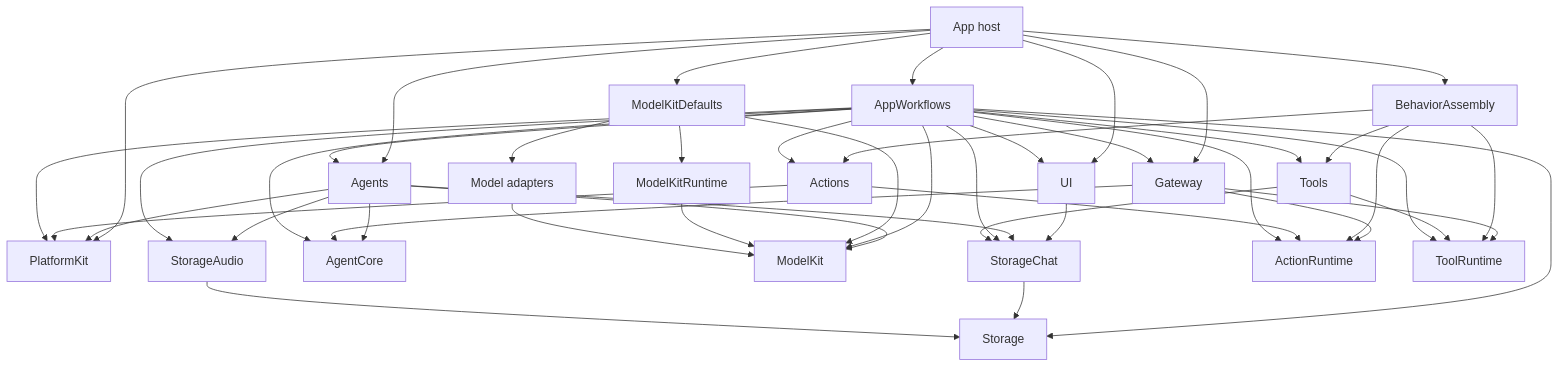
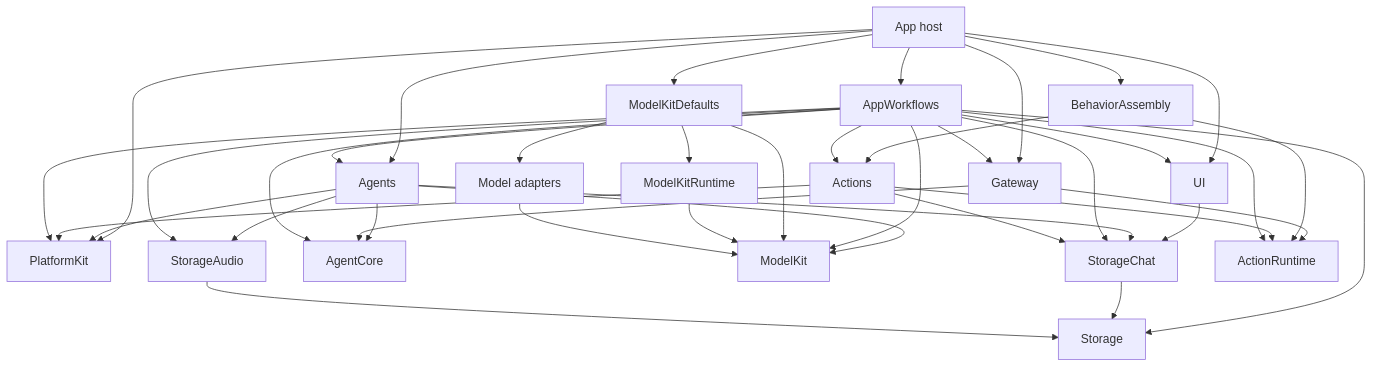
The third of 15 diagrams in MobileHarness/README.md (devilyouwei/MobileHarness), drawn with Mermaid before and after one commit. The commit also changed other lines of this file and 238 other files, not shown here.

````diff
--- a/MobileHarness/README.md
+++ b/MobileHarness/README.md
@@ -98,53 +98,47 @@
 ```mermaid
 flowchart TB
     App[App host] --> Agents
     App --> Gateway
     App --> Assembly[BehaviorAssembly]
     App --> Workflows[AppWorkflows]
     App --> Defaults[ModelKitDefaults]
     App --> UI
     App --> PlatformKit
 
     UI --> StorageChat
 
     Agents --> AgentCore
     Agents --> PlatformKit
     Agents --> ModelKit
     Agents --> StorageChat
     Agents --> StorageAudio
 
     Gateway --> AgentCore
     Gateway --> ActionRuntime
-    Gateway --> ToolRuntime
 
     Assembly --> Actions
-    Assembly --> Tools
     Assembly --> ActionRuntime
-    Assembly --> ToolRuntime
     Actions --> ActionRuntime
     Actions --> PlatformKit
-    Tools --> ToolRuntime
 
     Workflows --> UI
     Workflows --> Storage
     Workflows --> StorageChat
     Workflows --> StorageAudio
     Workflows --> ModelKit
     Workflows --> PlatformKit
     Workflows --> Actions
     Workflows --> Agents
     Workflows --> Gateway
-    Workflows --> Tools
     Workflows --> AgentCore
     Workflows --> ActionRuntime
-    Workflows --> ToolRuntime
 
-    Tools --> StorageChat
+    Actions --> StorageChat
     StorageChat --> Storage
     StorageAudio --> Storage
     Defaults --> ModelKit
     Defaults --> ModelKitRuntime
     Defaults --> Adapters[Model adapters]
     ModelKitRuntime --> ModelKit
     Adapters --> ModelKit
 ```
````
